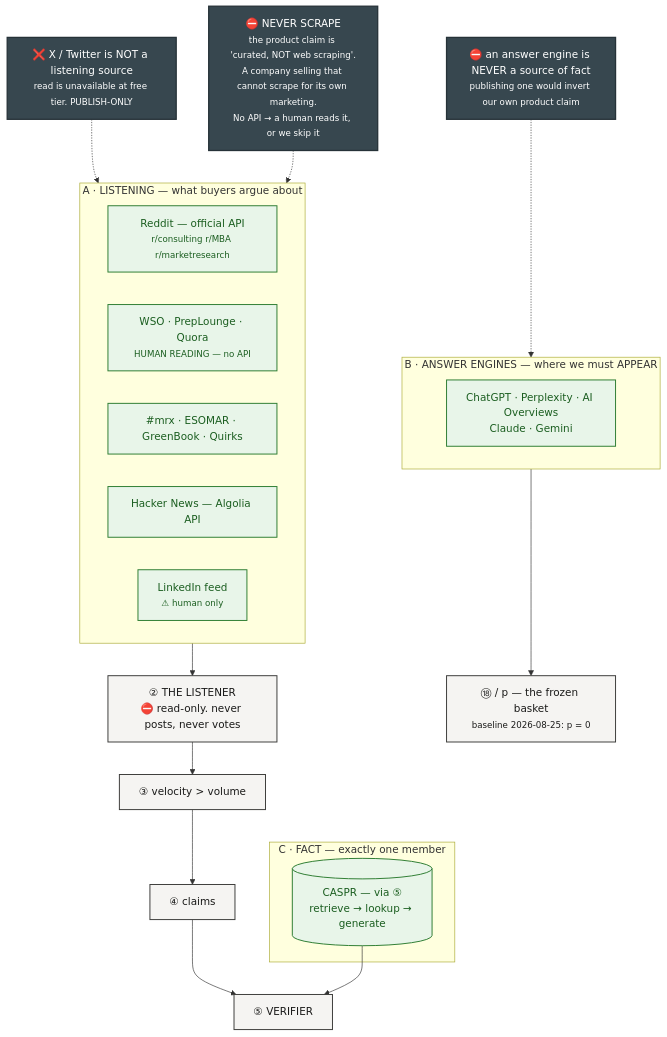
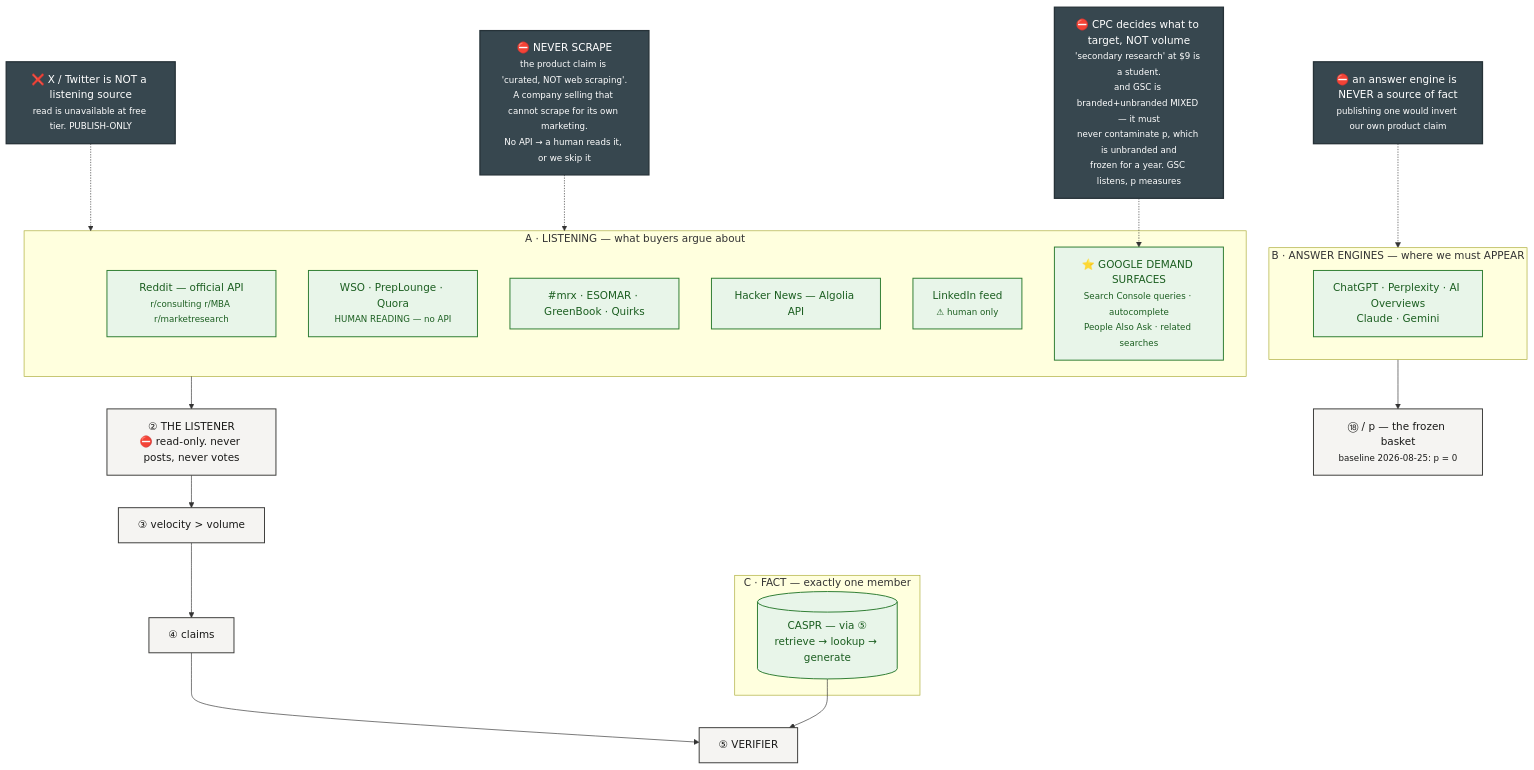
One commit to rathishreya/Caspr changed diagram 16 of 21 in docs/gtm/content-engine-flowchart.md. Above: the diagram before and after it, drawn with Mermaid. The commit also changed 1 other file, not shown here.

First paragraph of the commit message:
Fill three gaps found auditing the operating model against the requirements
Self-audit against the ten requirements found three things claimed as
covered that were not.

````diff
--- a/docs/gtm/content-engine-flowchart.md
+++ b/docs/gtm/content-engine-flowchart.md
@@ -841,40 +841,43 @@
 ```mermaid
 flowchart TD
     subgraph A["A · LISTENING — what buyers argue about"]
         R1["Reddit — official API<br/><small>r/consulting r/MBA r/marketresearch</small>"]
         R2["WSO · PrepLounge · Quora<br/><small>HUMAN READING — no API</small>"]
         R3["#mrx · ESOMAR · GreenBook · Quirks"]
         R4["Hacker News — Algolia API"]
         R5["LinkedIn feed<br/><small>⚠ human only</small>"]
+        R6["⭐ GOOGLE DEMAND SURFACES<br/><small>Search Console queries · autocomplete<br/>People Also Ask · related searches</small>"]
     end
 
     subgraph B["B · ANSWER ENGINES — where we must APPEAR"]
         P1["ChatGPT · Perplexity · AI Overviews<br/>Claude · Gemini"]
     end
 
     subgraph C["C · FACT — exactly one member"]
         C1[("CASPR — via ⑤<br/>retrieve → lookup → generate")]
     end
 
     A --> L["② THE LISTENER<br/>⛔ read-only. never posts, never votes"]
     L --> T["③ velocity > volume"] --> CL["④ claims"] --> V["⑤ VERIFIER"]
     C1 --> V
 
     B --> PM["⑱ / p — the frozen basket<br/><small>baseline 2026-08-25: p = 0</small>"]
 
     XX["❌ X / Twitter is NOT a listening source<br/><small>read is unavailable at free tier. PUBLISH-ONLY</small>"]
     NOSCRAPE["⛔ NEVER SCRAPE<br/><small>the product claim is 'curated, NOT web scraping'.<br/>A company selling that cannot scrape for its own marketing.<br/>No API → a human reads it, or we skip it</small>"]
     BAD["⛔ an answer engine is NEVER a source of fact<br/><small>publishing one would invert our own product claim</small>"]
+    CPC["⛔ CPC decides what to target, NOT volume<br/><small>'secondary research' at $9 is a student.<br/>and GSC is branded+unbranded MIXED — it must<br/>never contaminate p, which is unbranded and<br/>frozen for a year. GSC listens, p measures</small>"]
+    CPC -.-> R6
 
     XX -.-> A
     NOSCRAPE -.-> A
     BAD -.-> B
 
     classDef src fill:#e8f5e9,stroke:#2e7d32,stroke-width:1.5px,color:#1b5e20
     classDef mach fill:#f5f4f2,stroke:#3c3c3a,stroke-width:1.5px,color:#1a1a19
     classDef stop fill:#37474f,stroke:#263238,stroke-width:2px,color:#ffffff
     classDef warn fill:#fff8e1,stroke:#f9a825,stroke-width:2px,color:#7f5f00
-    class R1,R2,R3,R4,R5,P1,C1 src
+    class R1,R2,R3,R4,R5,R6,P1,C1 src
     class L,T,CL,V,PM mach
-    class XX,NOSCRAPE,BAD stop
+    class XX,NOSCRAPE,BAD,CPC stop
 ```
````
